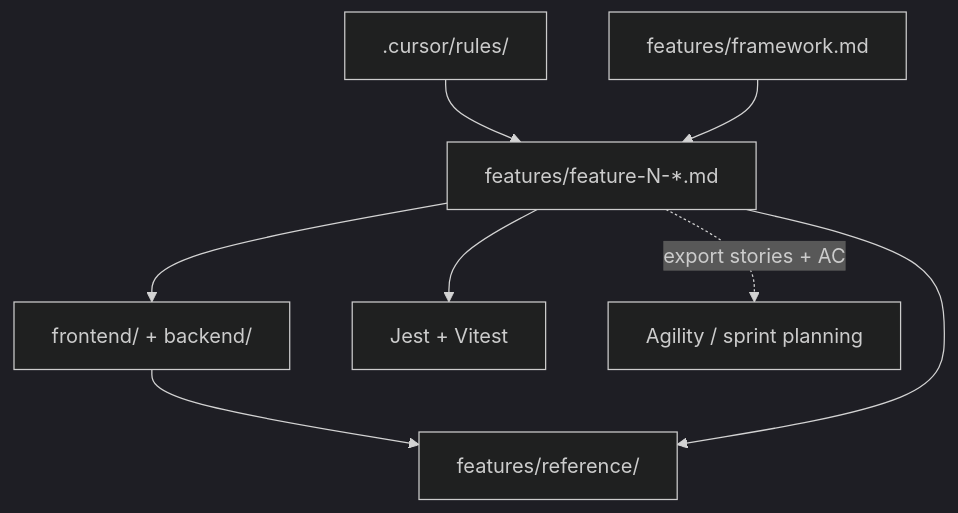
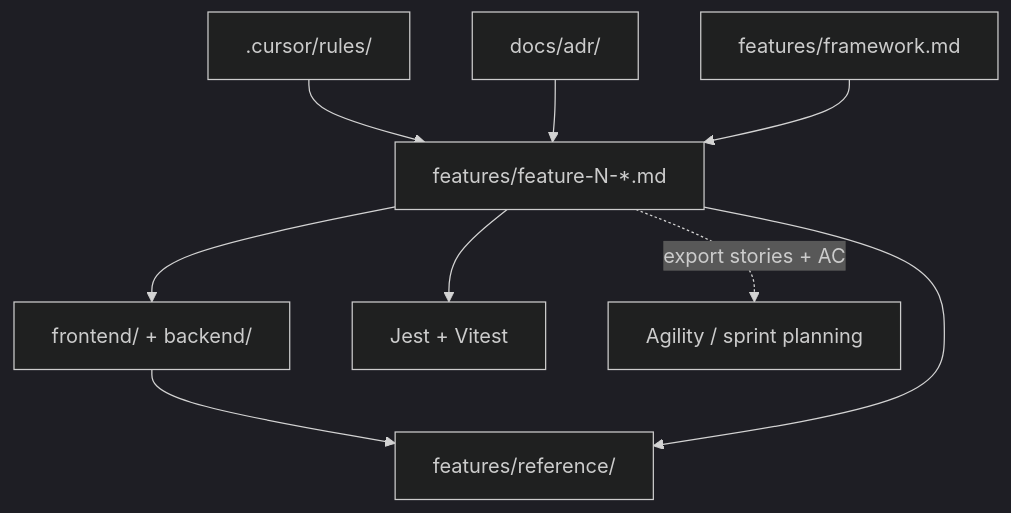
One commit to OC-ComputerScience/todospeckit changed the diagram in features/framework.md. Above: the diagram before and after it, drawn with Mermaid (dark theme). The commit also changed other lines of this file and 9 other files, not shown here.

````diff
--- a/features/framework.md
+++ b/features/framework.md
@@ -40,18 +42,20 @@
 ```mermaid
 flowchart TD
   rules[".cursor/rules/"]
+  adr["docs/adr/"]
   framework["features/framework.md"]
   spec["features/feature-N-*.md"]
   code["frontend/ + backend/"]
   tests["Jest + Vitest"]
   reference["features/reference/"]
   agile["Agility / sprint planning"]
 
   rules --> spec
+  adr --> spec
   framework --> spec
   spec --> code
   spec --> tests
   code --> reference
   spec --> reference
   spec -.->|export stories + AC| agile
 ```
````
